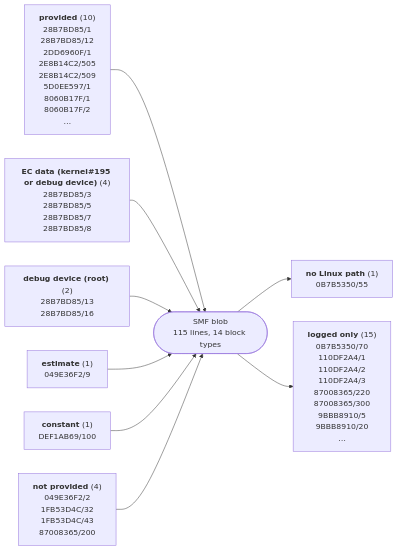
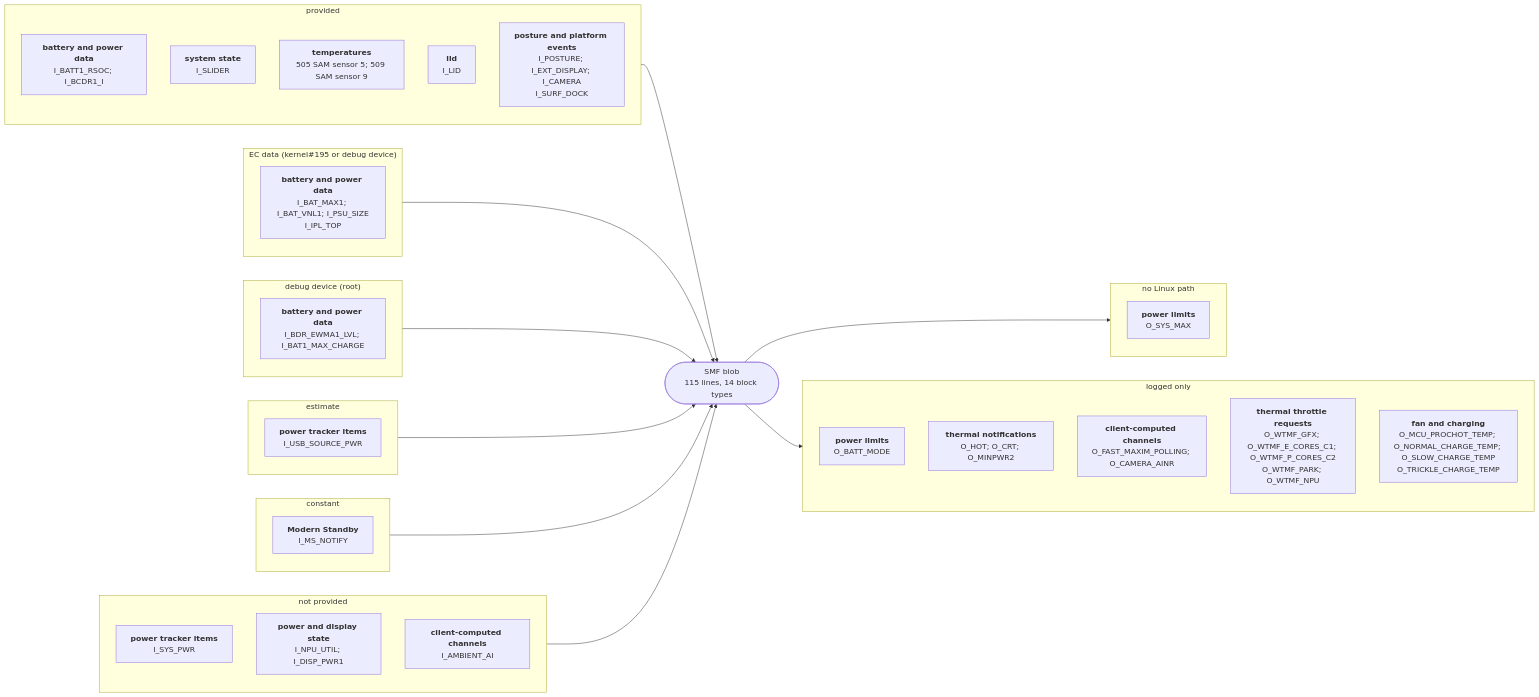
The diagram in docs/devices/surface-pro-12-1st-edition.md (larsschellhas/linux-surface-power), drawn with Mermaid before and after one commit. The commit also changed other lines of this file and 31 other files, not shown here.

First line of the commit message:
Rate devices by their outputs; complete device diagrams

````diff
--- a/docs/devices/surface-pro-12-1st-edition.md
+++ b/docs/devices/surface-pro-12-1st-edition.md
@@ -17,12 +19,46 @@
 ```mermaid
 flowchart LR
-    I0["<b>provided</b> (10)<br/>28B7BD85/1<br/>28B7BD85/12<br/>2DD6960F/1<br/>2E8B14C2/505<br/>2E8B14C2/509<br/>5D0EE597/1<br/>8060B17F/1<br/>8060B17F/2<br/>…"] --> B
-    I1["<b>EC data (kernel#195 or debug device)</b> (4)<br/>28B7BD85/3<br/>28B7BD85/5<br/>28B7BD85/7<br/>28B7BD85/8"] --> B
-    I2["<b>debug device (root)</b> (2)<br/>28B7BD85/13<br/>28B7BD85/16"] --> B
-    I3["<b>estimate</b> (1)<br/>049E36F2/9"] --> B
-    I4["<b>constant</b> (1)<br/>DEF1AB69/100"] --> B
-    I5["<b>not provided</b> (4)<br/>049E36F2/2<br/>1FB53D4C/32<br/>1FB53D4C/43<br/>87008365/200"] --> B
+    subgraph IN0["provided"]
+        I0_28B7BD85["<b>battery and power data</b><br/>I_BATT1_RSOC; I_BCDR1_I"]
+        I0_2DD6960F["<b>system state</b><br/>I_SLIDER"]
+        I0_2E8B14C2["<b>temperatures</b><br/>505 SAM sensor 5; 509 SAM sensor 9"]
+        I0_5D0EE597["<b>lid</b><br/>I_LID"]
+        I0_8060B17F["<b>posture and platform events</b><br/>I_POSTURE; I_EXT_DISPLAY; I_CAMERA<br/>I_SURF_DOCK"]
+    end
+    IN0 --> B
+    subgraph IN1["EC data (kernel#195 or debug device)"]
+        I1_28B7BD85["<b>battery and power data</b><br/>I_BAT_MAX1; I_BAT_VNL1; I_PSU_SIZE<br/>I_IPL_TOP"]
+    end
+    IN1 --> B
+    subgraph IN2["debug device (root)"]
+        I2_28B7BD85["<b>battery and power data</b><br/>I_BDR_EWMA1_LVL; I_BAT1_MAX_CHARGE"]
+    end
+    IN2 --> B
+    subgraph IN3["estimate"]
+        I3_049E36F2["<b>power tracker items</b><br/>I_USB_SOURCE_PWR"]
+    end
+    IN3 --> B
+    subgraph IN4["constant"]
+        I4_DEF1AB69["<b>Modern Standby</b><br/>I_MS_NOTIFY"]
+    end
+    IN4 --> B
+    subgraph IN5["not provided"]
+        I5_049E36F2["<b>power tracker items</b><br/>I_SYS_PWR"]
+        I5_1FB53D4C["<b>power and display state</b><br/>I_NPU_UTIL; I_DISP_PWR1"]
+        I5_87008365["<b>client-computed channels</b><br/>I_AMBIENT_AI"]
+    end
+    IN5 --> B
     B(["SMF blob<br/>115 lines, 14 block types"])
-    B --> O0["<b>no Linux path</b> (1)<br/>0B7B5350/55"]
-    B --> O1["<b>logged only</b> (15)<br/>0B7B5350/70<br/>110DF2A4/1<br/>110DF2A4/2<br/>110DF2A4/3<br/>87008365/220<br/>87008365/300<br/>9BBB8910/5<br/>9BBB8910/20<br/>…"]
+    subgraph OUT0["no Linux path"]
+        O0_0B7B5350["<b>power limits</b><br/>O_SYS_MAX"]
+    end
+    B --> OUT0
+    subgraph OUT1["logged only"]
+        O1_0B7B5350["<b>power limits</b><br/>O_BATT_MODE"]
+        O1_110DF2A4["<b>thermal notifications</b><br/>O_HOT; O_CRT; O_MINPWR2"]
+        O1_87008365["<b>client-computed channels</b><br/>O_FAST_MAXIM_POLLING; O_CAMERA_AINR"]
+        O1_9BBB8910["<b>thermal throttle requests</b><br/>O_WTMF_GFX; O_WTMF_E_CORES_C1; O_WTMF_P_CORES_C2<br/>O_WTMF_PARK; O_WTMF_NPU"]
+        O1_B620798F["<b>fan and charging</b><br/>O_MCU_PROCHOT_TEMP; O_NORMAL_CHARGE_TEMP; O_SLOW_CHARGE_TEMP<br/>O_TRICKLE_CHARGE_TEMP"]
+    end
+    B --> OUT1
 ```
````
